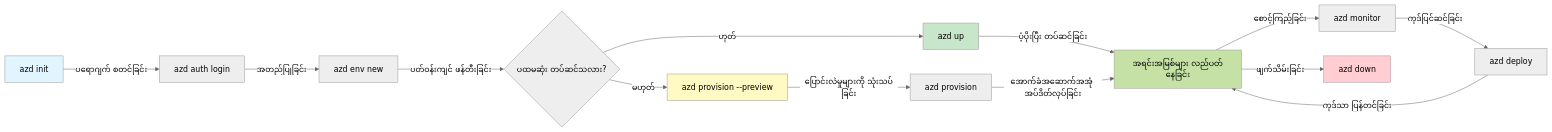
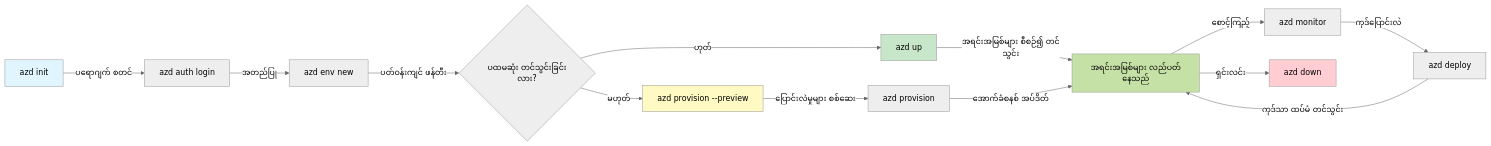
Before and after one commit to microsoft/AZD-for-beginners: the first of 2 diagrams in translations/my/docs/chapter-01-foundation/azd-basics.md, drawn with Mermaid (neutral theme). The commit also changed other lines of this file and 104 other files, not shown here.

````diff
--- a/translations/my/docs/chapter-01-foundation/azd-basics.md
+++ b/translations/my/docs/chapter-01-foundation/azd-basics.md
@@ -269,21 +269,21 @@
 ```mermaid
 graph LR
-    A[azd init] -->|ပရောဂျက် စတင်ခြင်း| B[azd auth login]
-    B -->|အတည်ပြုခြင်း| C[azd env new]
-    C -->|ပတ်ဝန်းကျင် ဖန်တီးခြင်း| D{ပထမဆုံး တပ်ဆင်သလား?}
+    A[azd init] -->|ပရောဂျက် စတင်| B[azd auth login]
+    B -->|အတည်ပြု| C[azd env new]
+    C -->|ပတ်ဝန်းကျင် ဖန်တီး| D{ပထမဆုံး တင်သွင်းခြင်းလား?}
     D -->|ဟုတ်| E[azd up]
     D -->|မဟုတ်| F[azd provision --preview]
-    F -->|ပြောင်းလဲမှုများကို သုံးသပ်ခြင်း| G[azd provision]
-    E -->|ပံ့ပိုးပြီး တပ်ဆင်ခြင်း| H[အရင်းအမြစ်များ လည်ပတ်နေခြင်း]
-    G -->|အောက်ခံအဆောက်အအုံ အပ်ဒိတ်လုပ်ခြင်း| H
-    H -->|စောင့်ကြည့်ခြင်း| I[azd monitor]
-    I -->|ကုဒ်ပြင်ဆင်ခြင်း| J[azd deploy]
-    J -->|ကုဒ်သာ ပြန်တင်ခြင်း| H
-    H -->|ဖျက်သိမ်းခြင်း| K[azd down]
+    F -->|ပြောင်းလဲမှုများ စစ်ဆေး| G[azd provision]
+    E -->|အရင်းအမြစ်များ စီစဉ်၍ တင်သွင်း| H[အရင်းအမြစ်များ လည်ပတ်နေသည်]
+    G -->|အောက်ခံစနစ် အပ်ဒိတ်| H
+    H -->|စောင့်ကြည့်| I[azd monitor]
+    I -->|ကုဒ်ပြောင်းလဲ| J[azd deploy]
+    J -->|ကုဒ်သာ ထပ်မံ တင်သွင်း| H
+    H -->|ရှင်းလင်း| K[azd down]
     
     style A fill:#e1f5fe
     style E fill:#c8e6c9
     style F fill:#fff9c4
     style H fill:#c5e1a5
     style K fill:#ffcdd2
 ```
````
